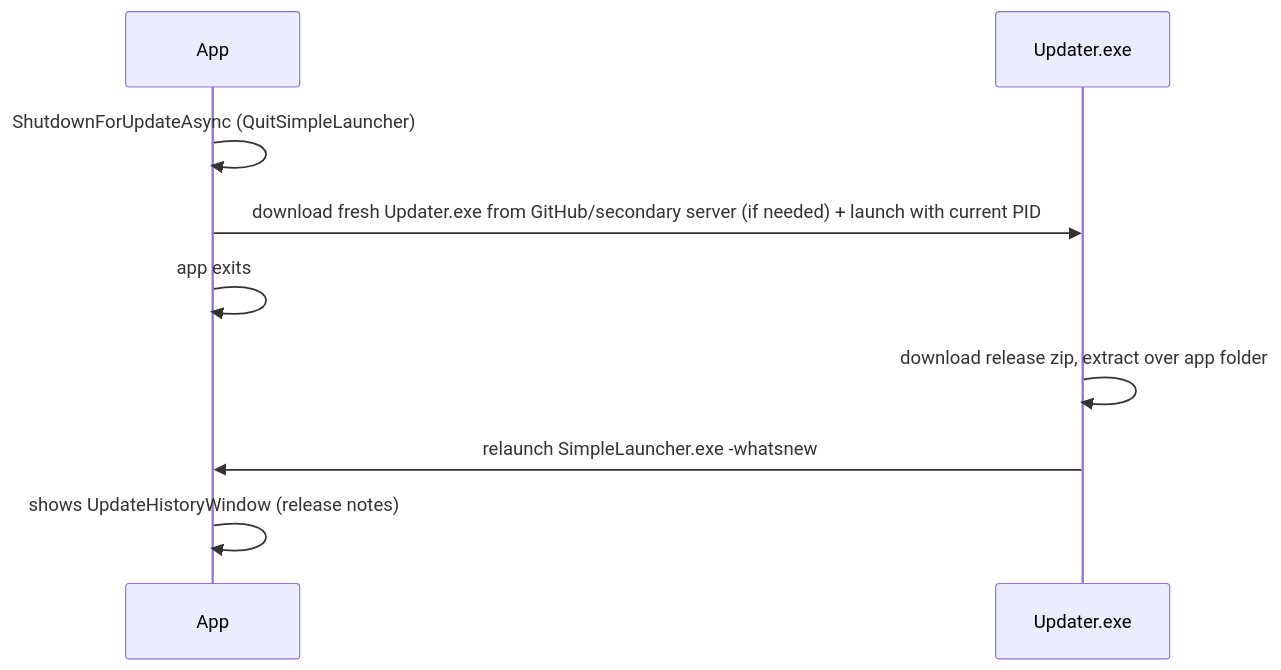
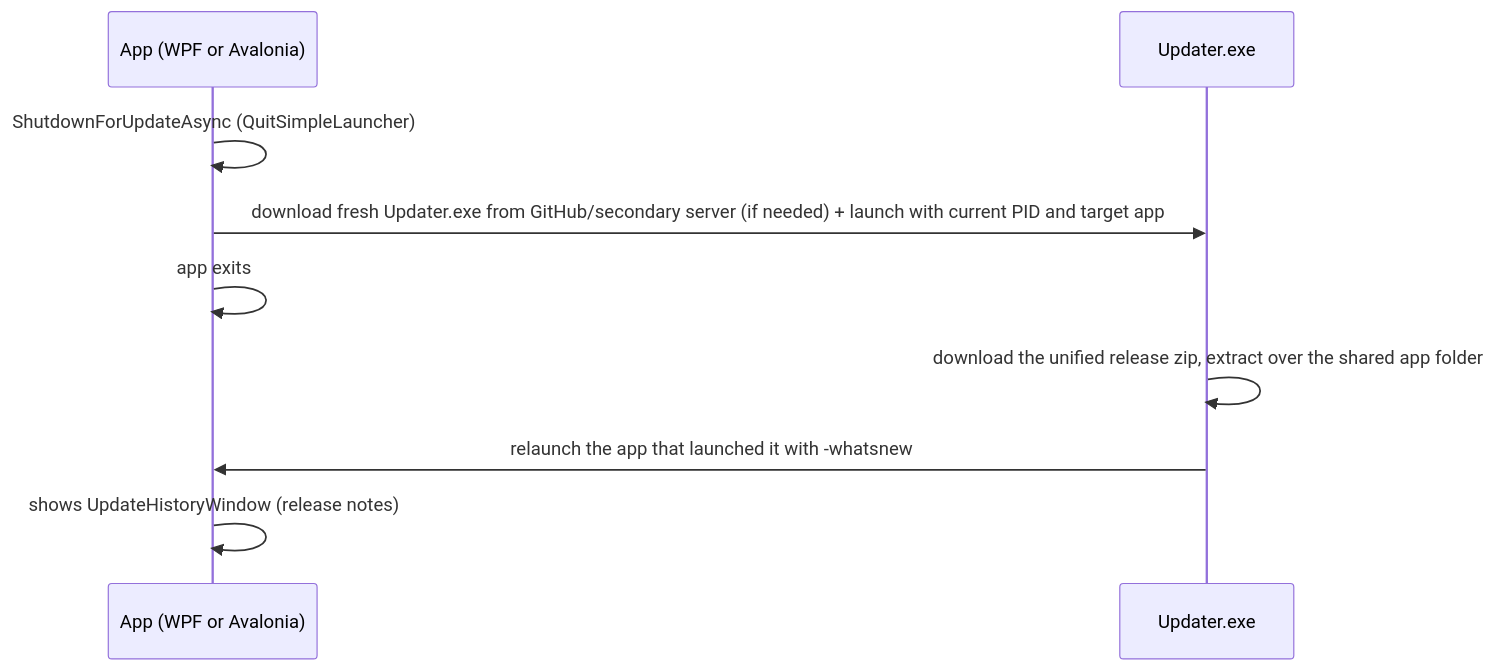
The diagram in docs/16-updater.md (purelogiccode/SimpleLauncher), drawn with Mermaid before and after one commit. The commit also changed other lines of this file and 58 other files, not shown here.

````diff
--- a/docs/16-updater.md
+++ b/docs/16-updater.md
@@ -29,11 +35,11 @@
 ```mermaid
 sequenceDiagram
-    participant A as App
+    participant A as App (WPF or Avalonia)
     participant U as Updater.exe
     A->>A: ShutdownForUpdateAsync (QuitSimpleLauncher)
-    A->>U: download fresh Updater.exe from GitHub/secondary server (if needed) + launch with current PID
+    A->>U: download fresh Updater.exe from GitHub/secondary server (if needed) + launch with current PID and target app
     A->>A: app exits
-    U->>U: download release zip, extract over app folder
-    U->>A: relaunch SimpleLauncher.exe -whatsnew
+    U->>U: download the unified release zip, extract over the shared app folder
+    U->>A: relaunch the app that launched it with -whatsnew
     A->>A: shows UpdateHistoryWindow (release notes)
 ```
````
